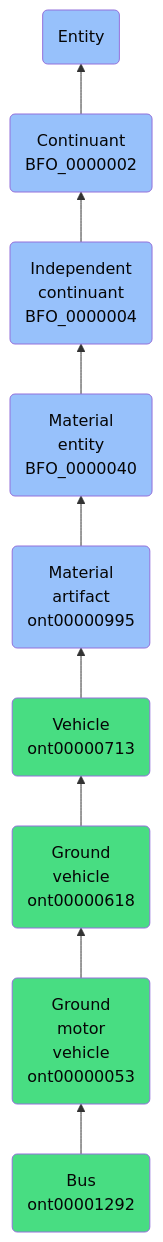
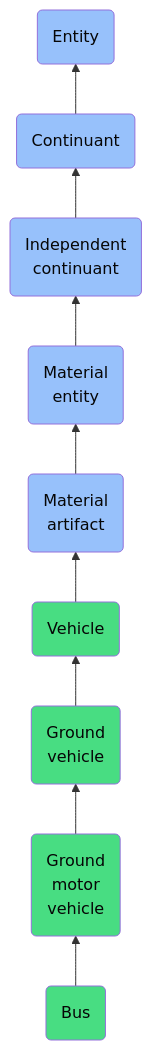
One commit to jupyter-naas/abi changed the diagram in docs/ontology/reference/model/Entity/Continuant/Independent continuant/Material entity/Material artifact/Vehicle/Ground vehicle/Ground motor vehicle/Bus/Bus.md. Above: the diagram before and after it, drawn with Mermaid. The commit also changed other lines of this file and 1430 other files, not shown here.

````diff
--- a/docs/ontology/reference/model/Entity/Continuant/Independent continuant/Material entity/Material artifact/Vehicle/Ground vehicle/Ground motor vehicle/Bus/Bus.md
+++ b/docs/ontology/reference/model/Entity/Continuant/Independent continuant/Material entity/Material artifact/Vehicle/Ground vehicle/Ground motor vehicle/Bus/Bus.md
@@ -24,16 +24,16 @@
 ```mermaid
 graph BT
-    ont00001292(Bus<br>ont00001292):::ABI-->ont00000053
-    ont00000053(Ground<br>motor<br>vehicle<br>ont00000053):::ABI-->ont00000618
-    ont00000618(Ground<br>vehicle<br>ont00000618):::ABI-->ont00000713
-    ont00000713(Vehicle<br>ont00000713):::ABI-->ont00000995
-    ont00000995(Material<br>artifact<br>ont00000995):::BFO-->BFO_0000040
-    BFO_0000040(Material<br>entity<br>BFO_0000040):::BFO-->BFO_0000004
-    BFO_0000004(Independent<br>continuant<br>BFO_0000004):::BFO-->BFO_0000002
-    BFO_0000002(Continuant<br>BFO_0000002):::BFO-->BFO_0000001
+    ont00001292(Bus):::ABI-->ont00000053
+    ont00000053(Ground<br>motor<br>vehicle):::ABI-->ont00000618
+    ont00000618(Ground<br>vehicle):::ABI-->ont00000713
+    ont00000713(Vehicle):::ABI-->ont00000995
+    ont00000995(Material<br>artifact):::BFO-->BFO_0000040
+    BFO_0000040(Material<br>entity):::BFO-->BFO_0000004
+    BFO_0000004(Independent<br>continuant):::BFO-->BFO_0000002
+    BFO_0000002(Continuant):::BFO-->BFO_0000001
     BFO_0000001(Entity):::BFO
     
     classDef BFO fill:#97c1fb,color:#060606
     classDef CCO fill:#e4c51e,color:#060606
     classDef ABI fill:#48DD82,color:#060606
 ```
````
